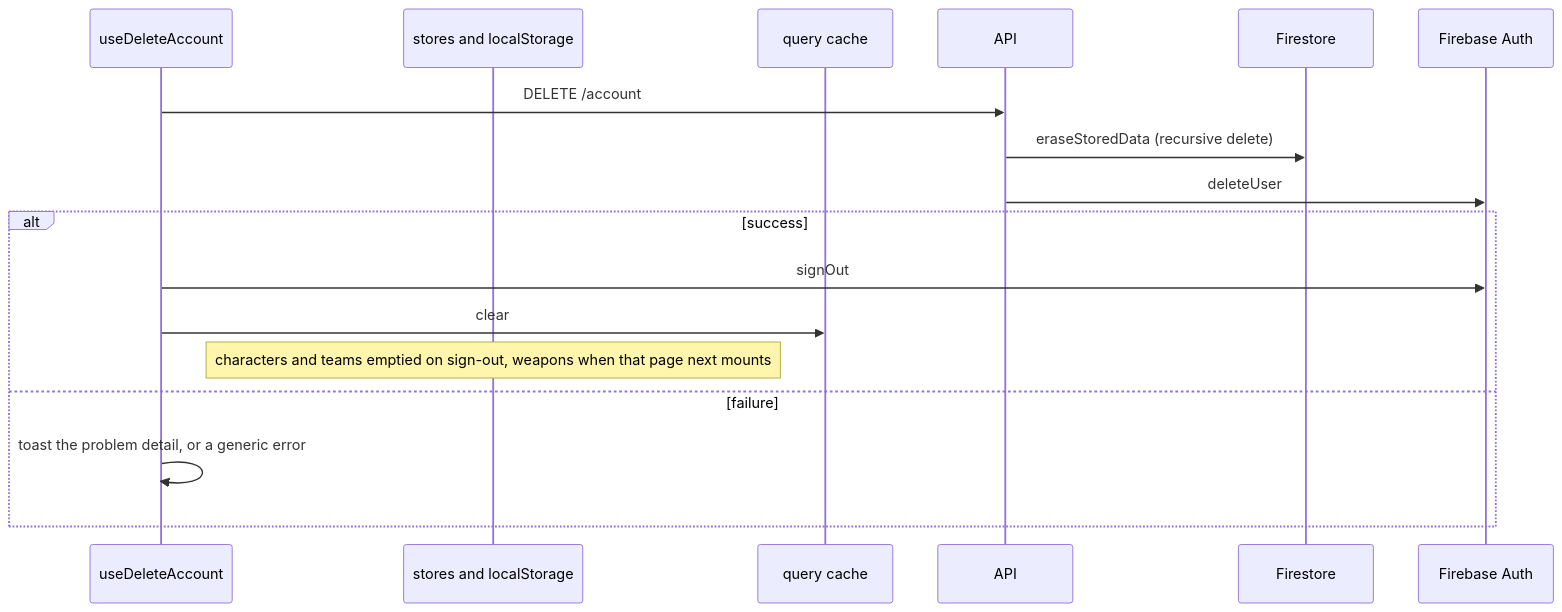
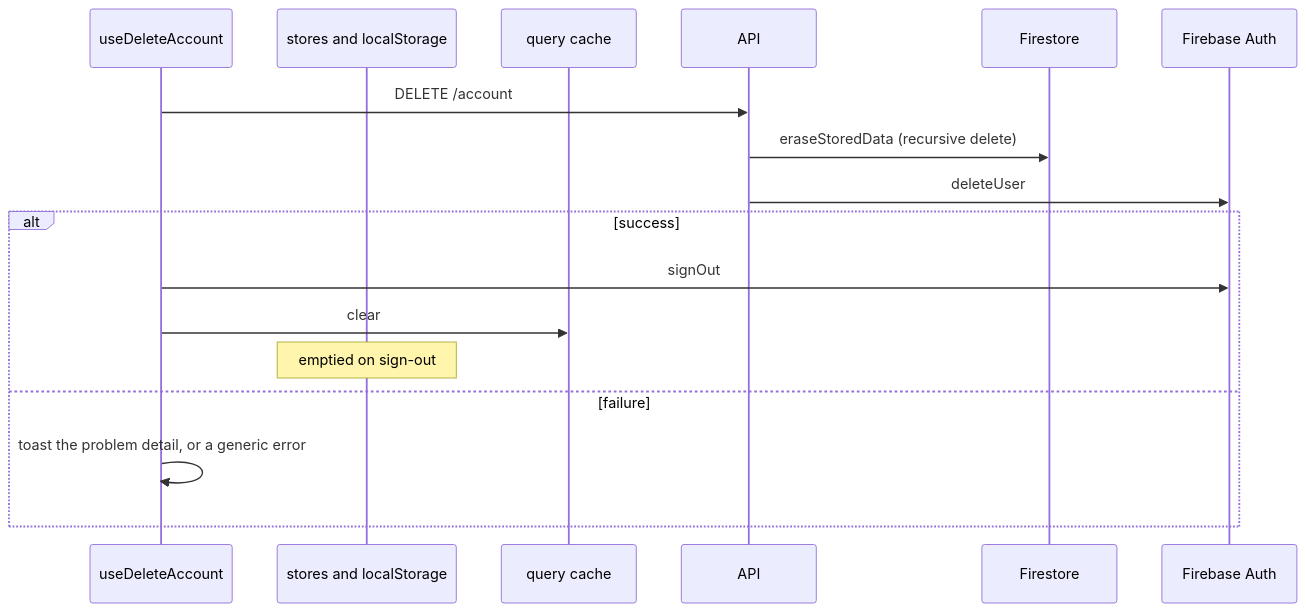
The fourth of 4 diagrams in docs/reference/data-flow-write-paths.md (dungeon-studio/genshin.dungeon.studio), drawn with Mermaid before and after one commit. The commit also changed 4 other files, not shown here.

First line of the commit message:
refactor(web): clear weapons on sign-out with the rest

````diff
--- a/docs/reference/data-flow-write-paths.md
+++ b/docs/reference/data-flow-write-paths.md
@@ -153,20 +153,20 @@
 ```mermaid
 sequenceDiagram
   participant Hook as useDeleteAccount
   participant Stores as stores and localStorage
   participant Cache as query cache
   participant API as API
   participant FS as Firestore
   participant FA as Firebase Auth
 
   Hook->>API: DELETE /account
   API->>FS: eraseStoredData (recursive delete)
   API->>FA: deleteUser
   alt success
     Hook->>FA: signOut
     Hook->>Cache: clear
-    Note over Stores: characters and teams emptied on sign-out, weapons when that page next mounts
+    Note over Stores: emptied on sign-out
   else failure
     Hook->>Hook: toast the problem detail, or a generic error
   end
 ```
````
